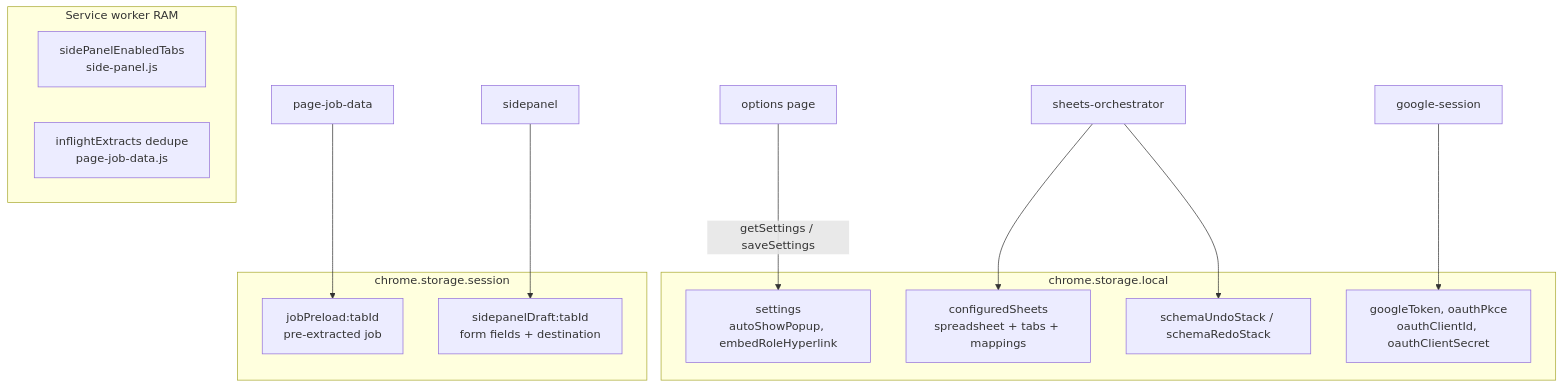
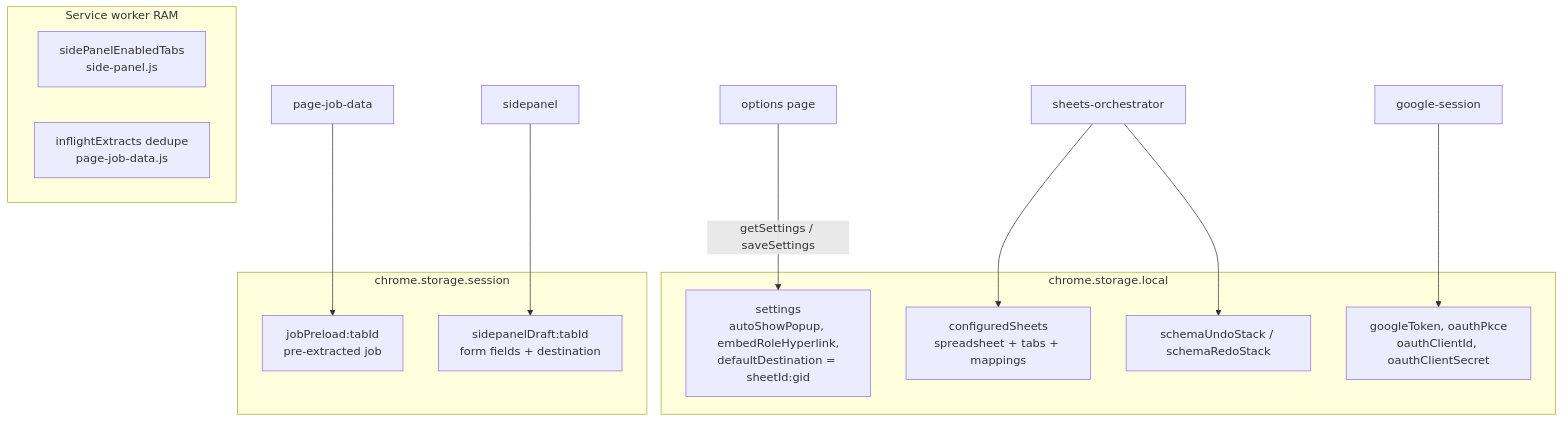
Before and after one commit to jayshah2005/JobTracker: the seventh of 7 diagrams in diagrams/architecture.md, drawn with Mermaid. The commit also changed 15 other files, not shown here.

First line of the commit message:
feat/sidepanel: default sheet setting and non-blocking job search

````diff
--- a/diagrams/architecture.md
+++ b/diagrams/architecture.md
@@ -221,26 +221,26 @@
 ```mermaid
 flowchart TB
   subgraph local [chrome.storage.local]
     sheets[configuredSheets<br/>spreadsheet + tabs + mappings]
-    settings[settings<br/>autoShowPopup, embedRoleHyperlink]
+    settings[settings<br/>autoShowPopup, embedRoleHyperlink,<br/>defaultDestination = sheetId:gid]
     token[googleToken, oauthPkce<br/>oauthClientId, oauthClientSecret]
     undo[schemaUndoStack / schemaRedoStack]
   end
 
   subgraph session [chrome.storage.session]
     preload[jobPreload:tabId<br/>pre-extracted job]
     draft[sidepanelDraft:tabId<br/>form fields + destination]
   end
 
   subgraph memory [Service worker RAM]
     enabled[sidePanelEnabledTabs<br/>side-panel.js]
     inflight[inflightExtracts dedupe<br/>page-job-data.js]
   end
 
   Orch[sheets-orchestrator] --> sheets
   Orch --> undo
   Auth[google-session] --> token
   Opt[options page] -->|getSettings / saveSettings| settings
   PJD[page-job-data] --> preload
   SP[sidepanel] --> draft
 ```
````
